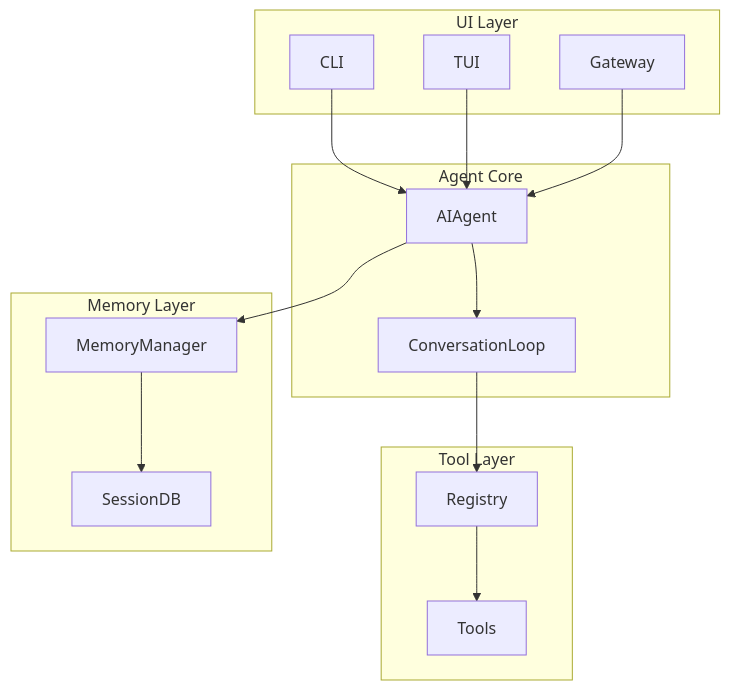
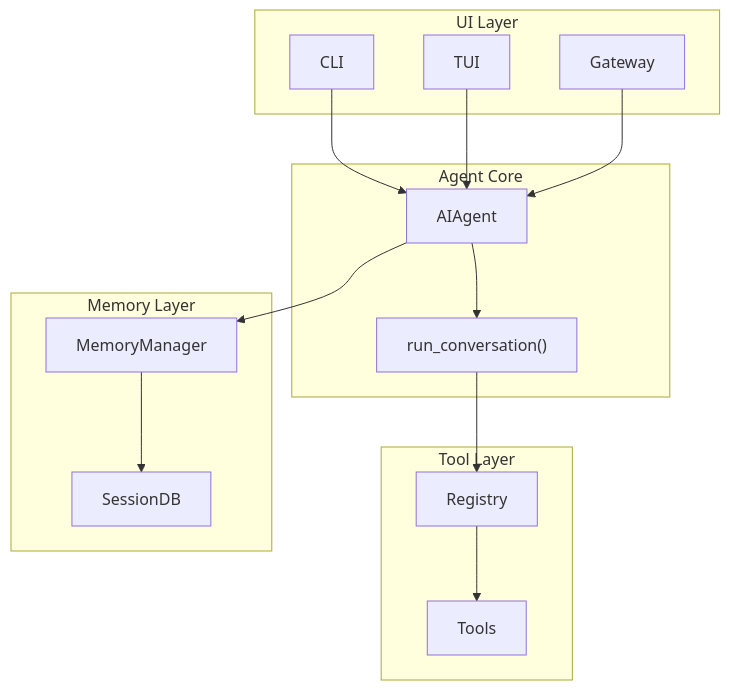
One commit to SpaceX-mit/hermes-agent-handbook changed the diagram in docs/architecture-analysis/README.md. Above: the diagram before and after it, drawn with Mermaid. The commit also changed 15 other files, not shown here.

First line of the commit message:
fix(analysis): ground architecture docs in real source code

````diff
--- a/docs/architecture-analysis/README.md
+++ b/docs/architecture-analysis/README.md
@@ -30,32 +30,32 @@
 ```mermaid
 graph TB
     subgraph "UI Layer"
         CLI["CLI"]
         TUI["TUI"]
         GATEWAY["Gateway"]
     end
 
     subgraph "Agent Core"
         AG["AIAgent"]
-        LOOP["ConversationLoop"]
+        LOOP["run_conversation()"]
     end
 
     subgraph "Tool Layer"
         REG["Registry"]
         TOOLS["Tools"]
     end
 
     subgraph "Memory Layer"
         MM["MemoryManager"]
         DB["SessionDB"]
     end
 
     CLI --> AG
     TUI --> AG
     GATEWAY --> AG
     AG --> LOOP
     LOOP --> REG
     REG --> TOOLS
     AG --> MM
     MM --> DB
 ```
````
